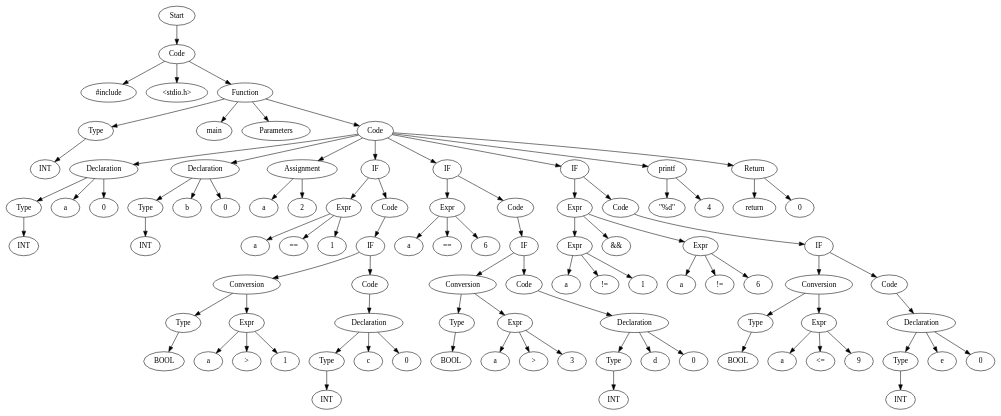
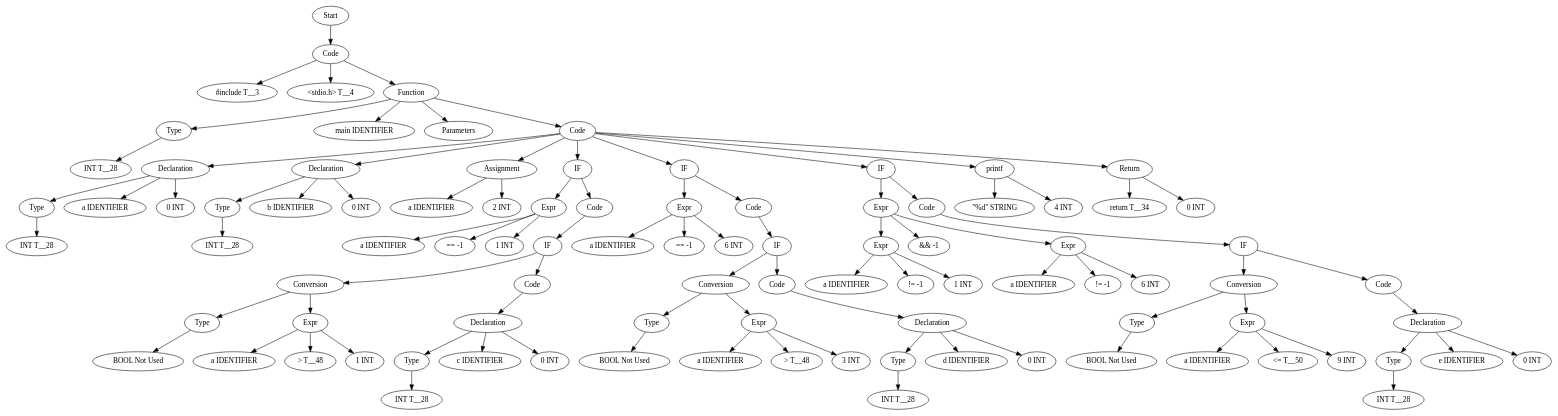
One commit to Are-you-listening/Compilers changed the diagram in TestCases/ASTTests/SwitchTests/createTests/read_file_after.dot. Above: the diagram before and after it, drawn with Graphviz. The commit also changed 208 other files, not shown here.

```diff
--- a/TestCases/ASTTests/SwitchTests/createTests/read_file_after.dot
+++ b/TestCases/ASTTests/SwitchTests/createTests/read_file_after.dot
@@ -1,191 +1,191 @@
 digraph AST {
-  "136341801078592" [label="Start"];
-  "136341801078592" -> "136341801079312";
-  "136341801079312" [label="Code"];
-  "136341801079312" -> "136341801077632";
-  "136341801079312" -> "136341801083440";
-  "136341801079312" -> "136341801081760";
-  "136341801077632" [label="#include"];
-  "136341801083440" [label="<stdio.h>"];
-  "136341801081760" [label="Function"];
-  "136341801081760" -> "136341801076096";
-  "136341801081760" -> "136341801088384";
-  "136341801081760" -> "136341801075568";
-  "136341801081760" -> "136341801083248";
-  "136341801076096" [label="Type"];
-  "136341801076096" -> "136341801084784";
-  "136341801084784" [label="INT"];
-  "136341801088384" [label="main"];
-  "136341801075568" [label="Parameters"];
-  "136341801083248" [label="Code"];
-  "136341801083248" -> "136341801090400";
-  "136341801083248" -> "136341801085216";
-  "136341801083248" -> "136341801081616";
-  "136341801083248" -> "136341801075952";
-  "136341801083248" -> "136341801084112";
-  "136341801083248" -> "136341801079408";
-  "136341801083248" -> "136341801089584";
-  "136341801083248" -> "136341801091024";
-  "136341801090400" [label="Declaration"];
-  "136341801090400" -> "136341801083728";
-  "136341801090400" -> "136341801081136";
-  "136341801090400" -> "136341801078064";
-  "136341801083728" [label="Type"];
-  "136341801083728" -> "136341801084208";
-  "136341801084208" [label="INT"];
-  "136341801081136" [label="a"];
-  "136341801078064" [label="0"];
-  "136341801085216" [label="Declaration"];
-  "136341801085216" -> "136341801085120";
-  "136341801085216" -> "136341801082624";
-  "136341801085216" -> "136341801079552";
-  "136341801085120" [label="Type"];
-  "136341801085120" -> "136341801082528";
-  "136341801082528" [label="INT"];
-  "136341801082624" [label="b"];
-  "136341801079552" [label="0"];
-  "136341801081616" [label="Assignment"];
-  "136341801081616" -> "136341801076336";
-  "136341801081616" -> "136341801075424";
-  "136341801076336" [label="a"];
-  "136341801075424" [label="2"];
-  "136341801075952" [label="IF"];
-  "136341801075952" -> "136341801087712";
-  "136341801075952" -> "136341801082576";
-  "136341801087712" [label="Expr"];
-  "136341801087712" -> "136341801076432";
-  "136341801087712" -> "136341801078448";
-  "136341801087712" -> "136341801079456";
-  "136341801076432" [label="a"];
-  "136341801078448" [label="=="];
-  "136341801079456" [label="1"];
-  "136341801082576" [label="Code"];
-  "136341801082576" -> "136341801078928";
-  "136341801078928" [label="IF"];
-  "136341801078928" -> "136341801089632";
-  "136341801078928" -> "136341801078880";
-  "136341801089632" [label="Conversion"];
-  "136341801089632" -> "136341801087568";
-  "136341801089632" -> "136341801085984";
-  "136341801087568" [label="Type"];
-  "136341801087568" -> "136341801081856";
-  "136341801081856" [label="BOOL"];
-  "136341801085984" [label="Expr"];
-  "136341801085984" -> "136341801079888";
-  "136341801085984" -> "136341801080464";
-  "136341801085984" -> "136341801080656";
-  "136341801079888" [label="a"];
-  "136341801080464" [label=">"];
-  "136341801080656" [label="1"];
-  "136341801078880" [label="Code"];
-  "136341801078880" -> "136341801081424";
-  "136341801081424" [label="Declaration"];
-  "136341801081424" -> "136341801081568";
-  "136341801081424" -> "136341801082144";
-  "136341801081424" -> "136341801089152";
-  "136341801081568" [label="Type"];
-  "136341801081568" -> "136341801082336";
-  "136341801082336" [label="INT"];
-  "136341801082144" [label="c"];
-  "136341801089152" [label="0"];
-  "136341801084112" [label="IF"];
-  "136341801084112" -> "136341801083008";
-  "136341801084112" -> "136341801089536";
-  "136341801083008" [label="Expr"];
-  "136341801083008" -> "136341801081520";
-  "136341801083008" -> "136341801089200";
-  "136341801083008" -> "136341801089248";
-  "136341801081520" [label="a"];
-  "136341801089200" [label="=="];
-  "136341801089248" [label="6"];
-  "136341801089536" [label="Code"];
-  "136341801089536" -> "136341801089728";
-  "136341801089728" [label="IF"];
-  "136341801089728" -> "136341801088480";
-  "136341801089728" -> "136341801089344";
-  "136341801088480" [label="Conversion"];
-  "136341801088480" -> "136341801081664";
-  "136341801088480" -> "136341801088720";
-  "136341801081664" [label="Type"];
-  "136341801081664" -> "136341801080128";
-  "136341801080128" [label="BOOL"];
-  "136341801088720" [label="Expr"];
-  "136341801088720" -> "136341801080320";
-  "136341801088720" -> "136341801080176";
-  "136341801088720" -> "136341801080416";
-  "136341801080320" [label="a"];
-  "136341801080176" [label=">"];
-  "136341801080416" [label="3"];
-  "136341801089344" [label="Code"];
-  "136341801089344" -> "136341801081088";
-  "136341801081088" [label="Declaration"];
-  "136341801081088" -> "136341801080704";
-  "136341801081088" -> "136341801080608";
-  "136341801081088" -> "136341801080512";
-  "136341801080704" [label="Type"];
-  "136341801080704" -> "136341801080368";
-  "136341801080368" [label="INT"];
-  "136341801080608" [label="d"];
-  "136341801080512" [label="0"];
-  "136341801079408" [label="IF"];
-  "136341801079408" -> "136341801079984";
-  "136341801079408" -> "136341801080224";
-  "136341801079984" [label="Expr"];
-  "136341801079984" -> "136341801080752";
-  "136341801079984" -> "136341801087088";
-  "136341801079984" -> "136341801090544";
-  "136341801080752" [label="Expr"];
-  "136341801080752" -> "136341801090496";
-  "136341801080752" -> "136341801089872";
-  "136341801080752" -> "136341801089440";
-  "136341801090496" [label="a"];
-  "136341801089872" [label="!="];
-  "136341801089440" [label="1"];
-  "136341801087088" [label="&&"];
-  "136341801090544" [label="Expr"];
-  "136341801090544" -> "136341801090448";
-  "136341801090544" -> "136341801090832";
-  "136341801090544" -> "136341801088096";
-  "136341801090448" [label="a"];
-  "136341801090832" [label="!="];
-  "136341801088096" [label="6"];
-  "136341801080224" [label="Code"];
-  "136341801080224" -> "136341801088528";
-  "136341801088528" [label="IF"];
-  "136341801088528" -> "136341801081904";
-  "136341801088528" -> "136341801082000";
-  "136341801081904" [label="Conversion"];
-  "136341801081904" -> "136341801080800";
-  "136341801081904" -> "136341801080560";
-  "136341801080800" [label="Type"];
-  "136341801080800" -> "136341801080896";
-  "136341801080896" [label="BOOL"];
-  "136341801080560" [label="Expr"];
-  "136341801080560" -> "136341801090640";
-  "136341801080560" -> "136341801090592";
-  "136341801080560" -> "136341801088816";
-  "136341801090640" [label="a"];
-  "136341801090592" [label="<="];
-  "136341801088816" [label="9"];
-  "136341801082000" [label="Code"];
-  "136341801082000" -> "136341801088768";
-  "136341801088768" [label="Declaration"];
-  "136341801088768" -> "136341801090784";
-  "136341801088768" -> "136341801089920";
-  "136341801088768" -> "136341801089776";
-  "136341801090784" [label="Type"];
-  "136341801090784" -> "136341801089392";
-  "136341801089392" [label="INT"];
-  "136341801089920" [label="e"];
-  "136341801089776" [label="0"];
-  "136341801089584" [label="printf"];
-  "136341801089584" -> "136341801084352";
-  "136341801089584" -> "136341801082048";
-  "136341801084352" [label="\"%d\""];
-  "136341801082048" [label="4"];
-  "136341801091024" [label="Return"];
-  "136341801091024" -> "136341801089488";
-  "136341801091024" -> "136341801089296";
-  "136341801089488" [label="return"];
-  "136341801089296" [label="0"];
+  "124177618240608" [label="Start"];
+  "124177618240608" -> "124177618247472";
+  "124177618247472" [label="Code"];
+  "124177618247472" -> "124177618253472";
+  "124177618247472" -> "124177618250304";
+  "124177618247472" -> "124177618245024";
+  "124177618253472" [label="#include T__3"];
+  "124177618250304" [label="<stdio.h> T__4"];
+  "124177618245024" [label="Function"];
+  "124177618245024" -> "124177618250640";
+  "124177618245024" -> "124177618253712";
+  "124177618245024" -> "124177618250880";
+  "124177618245024" -> "124177618246032";
+  "124177618250640" [label="Type"];
+  "124177618250640" -> "124177618252176";
+  "124177618252176" [label="INT T__28"];
+  "124177618253712" [label="main IDENTIFIER"];
+  "124177618250880" [label="Parameters"];
+  "124177618246032" [label="Code"];
+  "124177618246032" -> "124177618240368";
+  "124177618246032" -> "124177618250976";
+  "124177618246032" -> "124177618243440";
+  "124177618246032" -> "124177618253904";
+  "124177618246032" -> "124177618254048";
+  "124177618246032" -> "124177618246272";
+  "124177618246032" -> "124177618246800";
+  "124177618246032" -> "124177618325744";
+  "124177618240368" [label="Declaration"];
+  "124177618240368" -> "124177618246848";
+  "124177618240368" -> "124177618251120";
+  "124177618240368" -> "124177618252656";
+  "124177618246848" [label="Type"];
+  "124177618246848" -> "124177618248000";
+  "124177618248000" [label="INT T__28"];
+  "124177618251120" [label="a IDENTIFIER"];
+  "124177618252656" [label="0 INT"];
+  "124177618250976" [label="Declaration"];
+  "124177618250976" -> "124177618252128";
+  "124177618250976" -> "124177618251600";
+  "124177618250976" -> "124177618247952";
+  "124177618252128" [label="Type"];
+  "124177618252128" -> "124177618243392";
+  "124177618243392" [label="INT T__28"];
+  "124177618251600" [label="b IDENTIFIER"];
+  "124177618247952" [label="0 INT"];
+  "124177618243440" [label="Assignment"];
+  "124177618243440" -> "124177618251504";
+  "124177618243440" -> "124177618242288";
+  "124177618251504" [label="a IDENTIFIER"];
+  "124177618242288" [label="2 INT"];
+  "124177618253904" [label="IF"];
+  "124177618253904" -> "124177618253520";
+  "124177618253904" -> "124177618242768";
+  "124177618253520" [label="Expr"];
+  "124177618253520" -> "124177618242240";
+  "124177618253520" -> "124177618251456";
+  "124177618253520" -> "124177618251408";
+  "124177618242240" [label="a IDENTIFIER"];
+  "124177618251456" [label="== -1"];
+  "124177618251408" [label="1 INT"];
+  "124177618242768" [label="Code"];
+  "124177618242768" -> "124177618253424";
+  "124177618253424" [label="IF"];
+  "124177618253424" -> "124177618247760";
+  "124177618253424" -> "124177618252368";
+  "124177618247760" [label="Conversion"];
+  "124177618247760" -> "124177618248768";
+  "124177618247760" -> "124177618248192";
+  "124177618248768" [label="Type"];
+  "124177618248768" -> "124177618240560";
+  "124177618240560" [label="BOOL Not Used"];
+  "124177618248192" [label="Expr"];
+  "124177618248192" -> "124177618252320";
+  "124177618248192" -> "124177618251264";
+  "124177618248192" -> "124177618246128";
+  "124177618252320" [label="a IDENTIFIER"];
+  "124177618251264" [label="> T__48"];
+  "124177618246128" [label="1 INT"];
+  "124177618252368" [label="Code"];
+  "124177618252368" -> "124177618243968";
+  "124177618243968" [label="Declaration"];
+  "124177618243968" -> "124177618245696";
+  "124177618243968" -> "124177618247856";
+  "124177618243968" -> "124177618247328";
+  "124177618245696" [label="Type"];
+  "124177618245696" -> "124177618247376";
+  "124177618247376" [label="INT T__28"];
+  "124177618247856" [label="c IDENTIFIER"];
+  "124177618247328" [label="0 INT"];
+  "124177618254048" [label="IF"];
+  "124177618254048" -> "124177618248288";
+  "124177618254048" -> "124177618240032";
+  "124177618248288" [label="Expr"];
+  "124177618248288" -> "124177618243104";
+  "124177618248288" -> "124177618247280";
+  "124177618248288" -> "124177618247904";
+  "124177618243104" [label="a IDENTIFIER"];
+  "124177618247280" [label="== -1"];
+  "124177618247904" [label="6 INT"];
+  "124177618240032" [label="Code"];
+  "124177618240032" -> "124177618246656";
+  "124177618246656" [label="IF"];
+  "124177618246656" -> "124177618246704";
+  "124177618246656" -> "124177618246896";
+  "124177618246704" [label="Conversion"];
+  "124177618246704" -> "124177618246992";
+  "124177618246704" -> "124177618248096";
+  "124177618246992" [label="Type"];
+  "124177618246992" -> "124177618243536";
+  "124177618243536" [label="BOOL Not Used"];
+  "124177618248096" [label="Expr"];
+  "124177618248096" -> "124177618243680";
+  "124177618248096" -> "124177618239792";
+  "124177618248096" -> "124177618241856";
+  "124177618243680" [label="a IDENTIFIER"];
+  "124177618239792" [label="> T__48"];
+  "124177618241856" [label="3 INT"];
+  "124177618246896" [label="Code"];
+  "124177618246896" -> "124177618242864";
+  "124177618242864" [label="Declaration"];
+  "124177618242864" -> "124177618243920";
+  "124177618242864" -> "124177618244064";
+  "124177618242864" -> "124177618243248";
+  "124177618243920" [label="Type"];
+  "124177618243920" -> "124177618243200";
+  "124177618243200" [label="INT T__28"];
+  "124177618244064" [label="d IDENTIFIER"];
+  "124177618243248" [label="0 INT"];
+  "124177618246272" [label="IF"];
+  "124177618246272" -> "124177618242480";
+  "124177618246272" -> "124177618243728";
+  "124177618242480" [label="Expr"];
+  "124177618242480" -> "124177618243872";
+  "124177618242480" -> "124177618248240";
+  "124177618242480" -> "124177618325072";
+  "124177618243872" [label="Expr"];
+  "124177618243872" -> "124177618248144";
+  "124177618243872" -> "124177618325168";
+  "124177618243872" -> "124177618324016";
+  "124177618248144" [label="a IDENTIFIER"];
+  "124177618325168" [label="!= -1"];
+  "124177618324016" [label="1 INT"];
+  "124177618248240" [label="&& -1"];
+  "124177618325072" [label="Expr"];
+  "124177618325072" -> "124177618325648";
+  "124177618325072" -> "124177618326464";
+  "124177618325072" -> "124177618325888";
+  "124177618325648" [label="a IDENTIFIER"];
+  "124177618326464" [label="!= -1"];
+  "124177618325888" [label="6 INT"];
+  "124177618243728" [label="Code"];
+  "124177618243728" -> "124177618325600";
+  "124177618325600" [label="IF"];
+  "124177618325600" -> "124177618326656";
+  "124177618325600" -> "124177618321664";
+  "124177618326656" [label="Conversion"];
+  "124177618326656" -> "124177618321568";
+  "124177618326656" -> "124177618321712";
+  "124177618321568" [label="Type"];
+  "124177618321568" -> "124177618321760";
+  "124177618321760" [label="BOOL Not Used"];
+  "124177618321712" [label="Expr"];
+  "124177618321712" -> "124177618321952";
+  "124177618321712" -> "124177618321472";
+  "124177618321712" -> "124177618321520";
+  "124177618321952" [label="a IDENTIFIER"];
+  "124177618321472" [label="<= T__50"];
+  "124177618321520" [label="9 INT"];
+  "124177618321664" [label="Code"];
+  "124177618321664" -> "124177618321616";
+  "124177618321616" [label="Declaration"];
+  "124177618321616" -> "124177618322720";
+  "124177618321616" -> "124177618324304";
+  "124177618321616" -> "124177618325792";
+  "124177618322720" [label="Type"];
+  "124177618322720" -> "124177618322624";
+  "124177618322624" [label="INT T__28"];
+  "124177618324304" [label="e IDENTIFIER"];
+  "124177618325792" [label="0 INT"];
+  "124177618246800" [label="printf"];
+  "124177618246800" -> "124177618326560";
+  "124177618246800" -> "124177618321856";
+  "124177618326560" [label="\"%d\" STRING"];
+  "124177618321856" [label="4 INT"];
+  "124177618325744" [label="Return"];
+  "124177618325744" -> "124177618325840";
+  "124177618325744" -> "124177618325408";
+  "124177618325840" [label="return T__34"];
+  "124177618325408" [label="0 INT"];
 }
```
